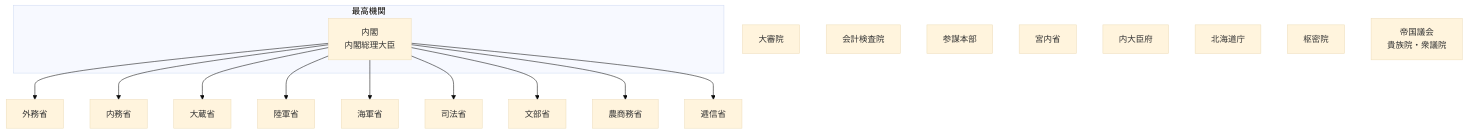
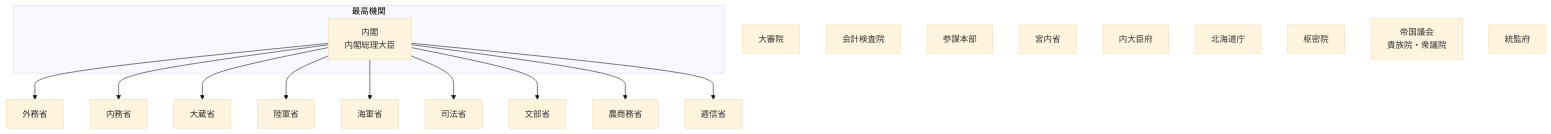
One commit to tatemaru/jp-admin-org-chart changed the diagram in README.md. Above: the diagram before and after it, drawn with Mermaid (base theme). The commit also changed other lines of this file, not shown here.

First line of the commit message:
feat(統監府): 統監府を設置

````diff
--- a/README.md
+++ b/README.md
@@ -9,34 +9,35 @@
 ```mermaid
 flowchart TB
   subgraph top["最高機関"]
     Cab["内閣
 内閣総理大臣"]
   end
   Gaimu["外務省"]
   Cab --> Gaimu
   Naimu["内務省"]
   Cab --> Naimu
   Okura["大蔵省"]
   Cab --> Okura
   Rikugun["陸軍省"]
   Cab --> Rikugun
   Kaigun["海軍省"]
   Cab --> Kaigun
   Shiho["司法省"]
   Cab --> Shiho
   Mombu["文部省"]
   Cab --> Mombu
   Nosho["農商務省"]
   Cab --> Nosho
   Teishin["逓信省"]
   Cab --> Teishin
   Daishin["大審院"]
   Audit["会計検査院"]
   Sanbo["参謀本部"]
   Kunai["宮内省"]
   Naidaijin["内大臣府"]
   Hokkaido["北海道庁"]
   Privy["枢密院"]
   Diet["帝国議会
 貴族院・衆議院"]
+  Tokan["統監府"]
 ```
````
